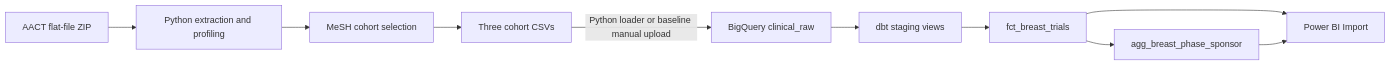
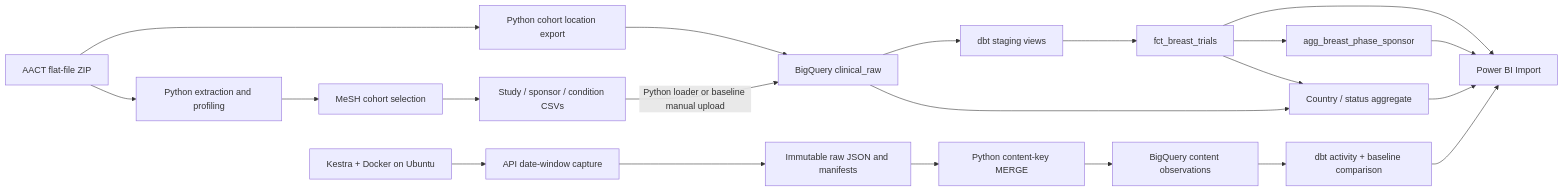
The diagram in README.md (minuscati/DE_clinical_data), drawn with Mermaid before and after one commit. The commit also changed other lines of this file and 3 other files, not shown here.

Commit message:
Finalize three-page report and document Ubuntu runtime checkpoint

````diff
--- a/README.md
+++ b/README.md
@@ -52,12 +64,23 @@
 ```mermaid
 flowchart LR
     A[AACT flat-file ZIP] --> B[Python extraction and profiling]
     B --> C[MeSH cohort selection]
-    C --> D[Three cohort CSVs]
+    C --> D[Study / sponsor / condition CSVs]
+    A --> L[Python cohort location export]
+    L --> E
     D -->|Python loader or baseline manual upload| E[BigQuery clinical_raw]
     E --> F[dbt staging views]
     F --> G[fct_breast_trials]
     G --> H[agg_breast_phase_sponsor]
     G --> I[Power BI Import]
     H --> I
+    G --> J[Country / status aggregate]
+    E --> J
+    J --> I
+    K[Kestra + Docker on Ubuntu] --> U[API date-window capture]
+    U --> R[Immutable raw JSON and manifests]
+    R --> V[Python content-key MERGE]
+    V --> W[BigQuery content observations]
+    W --> X[dbt activity + baseline comparison]
+    X --> I
 ```
````
